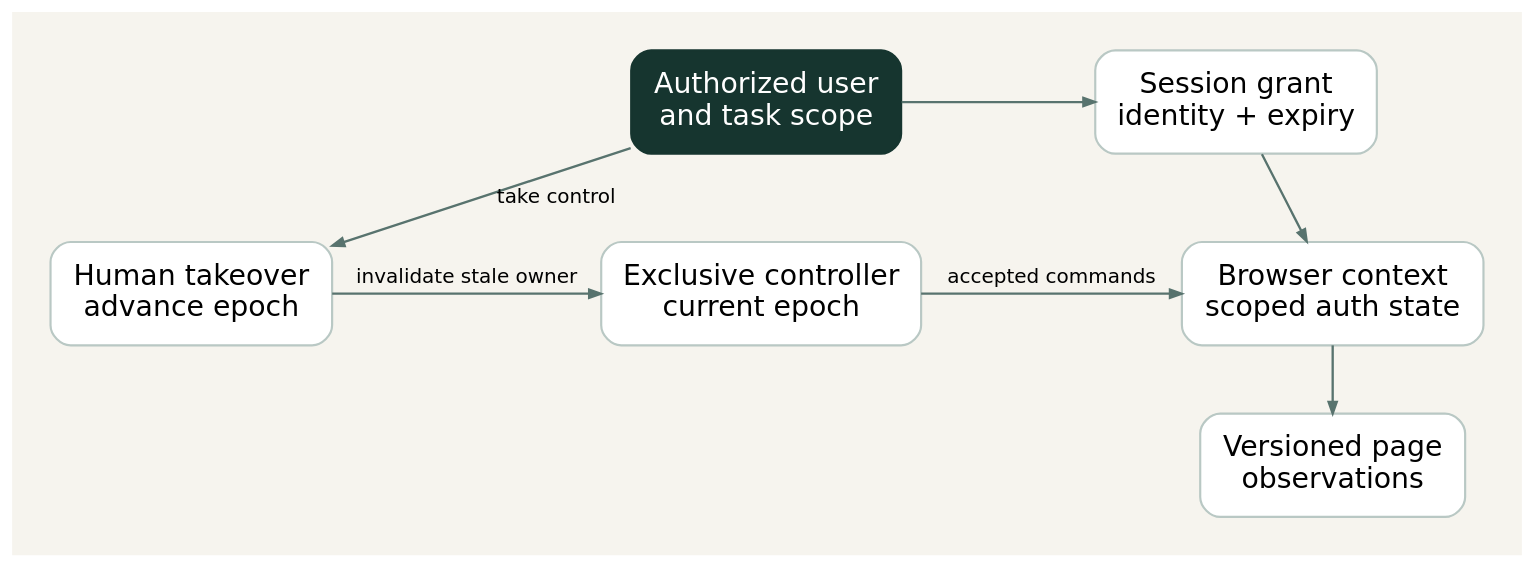
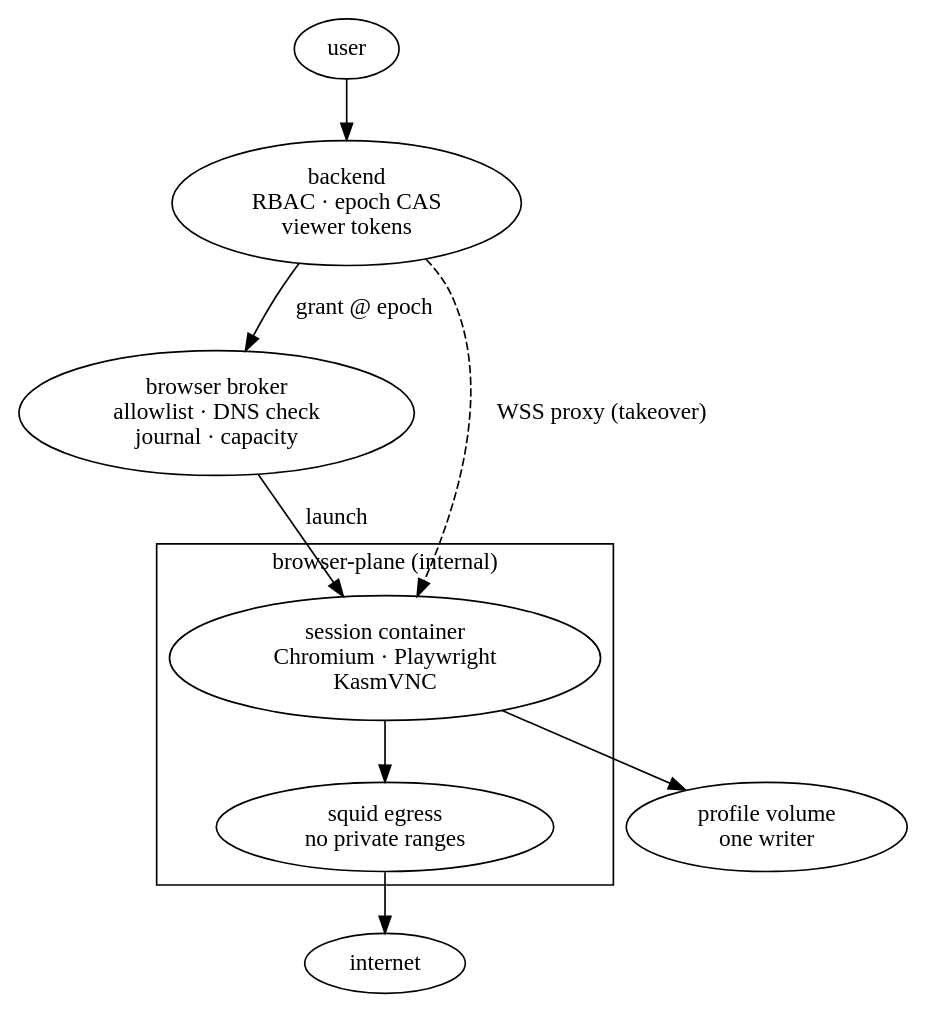
Before and after one commit to Shaunfurtado/Shaunfurtado.github.io: the diagram in src/assets/blog-diagrams/03-browser-agents-identity-infrastructure.dot, drawn with Graphviz. The commit also changed 114 other files, not shown here.

First line of the commit message:
refactor: rewrite blog posts around real system details and theme the diagrams

```diff
--- a/src/assets/blog-diagrams/03-browser-agents-identity-infrastructure.dot
+++ b/src/assets/blog-diagrams/03-browser-agents-identity-infrastructure.dot
@@ -1,20 +1,20 @@
-digraph design {
-graph [rankdir=TB, bgcolor="#f6f4ee", pad="0.32", nodesep="0.42", ranksep="0.55", splines=polyline, fontname="DejaVu Sans", fontsize=18];
-node [shape=box, style="rounded,filled", fillcolor="#ffffff", color="#b9c8c4", penwidth=1.3, fontname="DejaVu Sans", fontsize=17, margin="0.20,0.16"];
-edge [color="#58736e", fontname="DejaVu Sans", fontsize=12, arrowsize=0.7, penwidth=1.4];
-user [label="Authorized user\nand task scope",fillcolor="#16352f",fontcolor="#ffffff",color="#16352f"];
-grant [label="Session grant\nidentity + expiry"];
-browser [label="Browser context\nscoped auth state"];
-controller [label="Exclusive controller\ncurrent epoch"];
-observe [label="Versioned page\nobservations"];
-handoff [label="Human takeover\nadvance epoch"];
-user -> grant [label=""];
-grant -> browser [label=""];
-controller -> browser [label="accepted commands"];
-browser -> observe [label=""];
-user -> handoff [label="take control"];
-handoff -> controller [label="invalidate stale owner"];
-{rank=same; user; grant;}
-{rank=same; handoff; controller; browser;}
-{rank=same; observe;}
+digraph browser {
+rankdir=TB;
+user [label="user"];
+api [label="backend\nRBAC · epoch CAS\nviewer tokens", class="key"];
+broker [label="browser broker\nallowlist · DNS check\njournal · capacity"];
+subgraph cluster_plane {
+  label="browser-plane (internal)";
+  session [label="session container\nChromium · Playwright\nKasmVNC"];
+  squid [label="squid egress\nno private ranges"];
 }
+profile [label="profile volume\none writer"];
+net [label="internet", class="ghost"];
+user -> api;
+api -> broker [label="grant @ epoch"];
+broker -> session [label="launch"];
+session -> profile;
+session -> squid;
+squid -> net;
+api -> session [label="WSS proxy (takeover)", style=dashed];
+}
```
